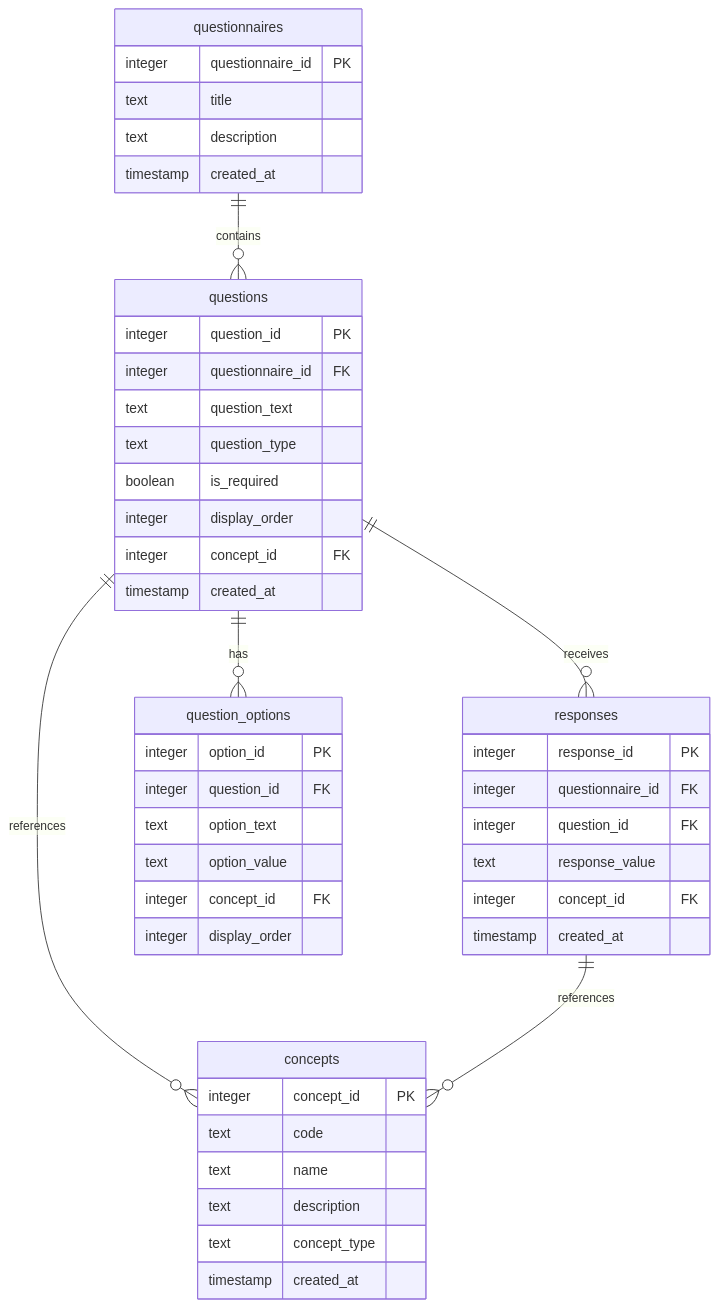
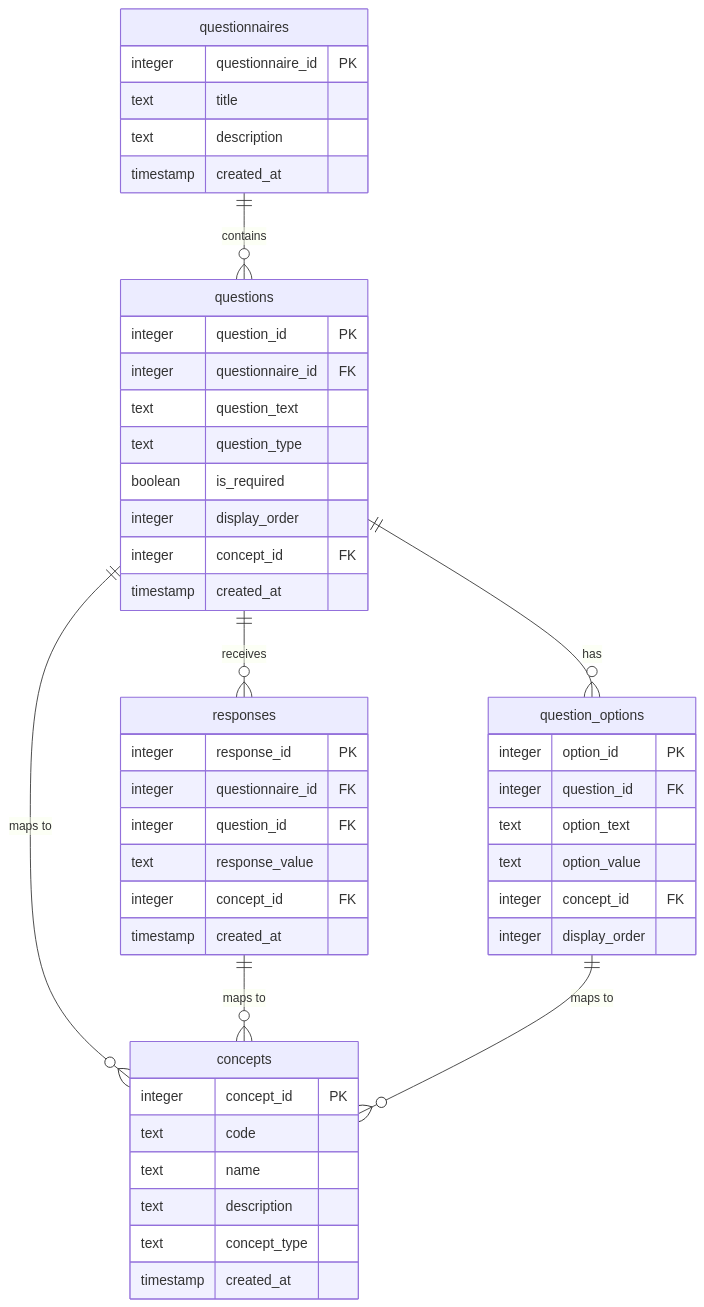
Before and after one commit to jacobmpeters/questSQL: the second of 3 diagrams in README.md, drawn with Mermaid. The commit also changed other lines of this file, not shown here.

Commit message:
docs: add question-response pair as fundamental mappable unit

````diff
--- a/README.md
+++ b/README.md
@@ -77,53 +77,54 @@
 ```mermaid
 erDiagram
     questionnaires ||--o{ questions : contains
     questions ||--o{ responses : receives
     questions ||--o{ question_options : has
-    questions ||--o{ concepts : references
-    responses ||--o{ concepts : references
+    questions ||--o{ concepts : "maps to"
+    responses ||--o{ concepts : "maps to"
+    question_options ||--o{ concepts : "maps to"
 
     questionnaires {
         integer questionnaire_id PK
         text title
         text description
         timestamp created_at
     }
 
     questions {
         integer question_id PK
         integer questionnaire_id FK
         text question_text
         text question_type
         boolean is_required
         integer display_order
         integer concept_id FK
         timestamp created_at
     }
 
     responses {
         integer response_id PK
         integer questionnaire_id FK
         integer question_id FK
         text response_value
         integer concept_id FK
         timestamp created_at
     }
 
     question_options {
         integer option_id PK
         integer question_id FK
         text option_text
         text option_value
         integer concept_id FK
         integer display_order
     }
 
     concepts {
         integer concept_id PK
         text code
         text name
         text description
         text concept_type
         timestamp created_at
     }
 ```
````
